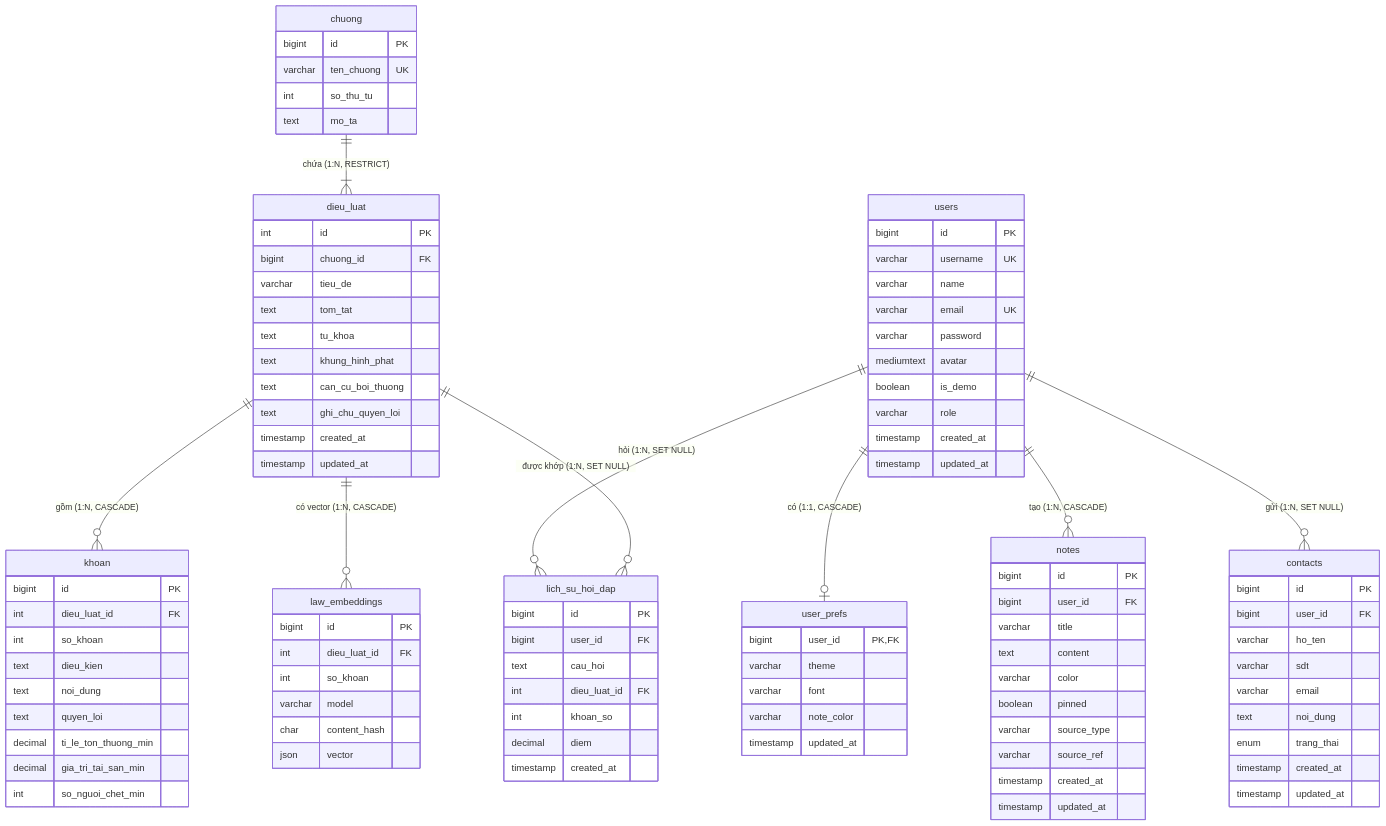
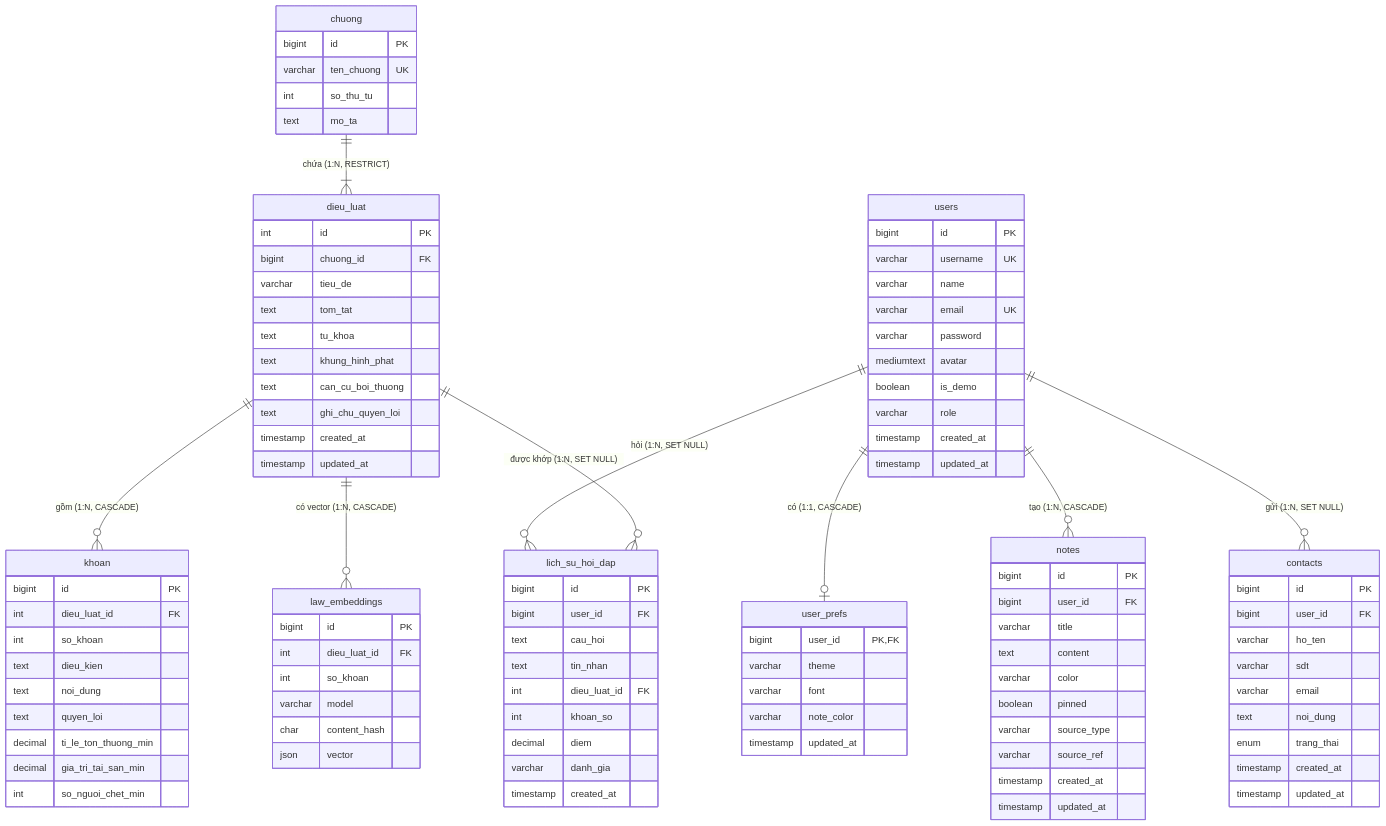
One commit to hnkhoi1/web-project changed the diagram in docs/DATABASE.md. Above: the diagram before and after it, drawn with Mermaid. The commit also changed other lines of this file and 21 other files, not shown here.

```diff
--- a/docs/DATABASE.md
+++ b/docs/DATABASE.md
@@ -104,9 +104,11 @@
         bigint id PK
         bigint user_id FK
         text cau_hoi
+        text tin_nhan
         int dieu_luat_id FK
         int khoan_so
         decimal diem
+        varchar danh_gia
         timestamp created_at
     }
     law_embeddings {
```
